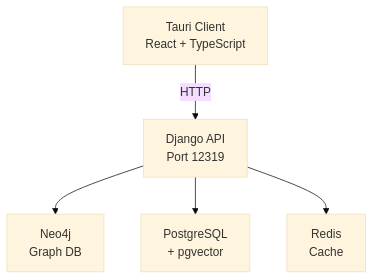
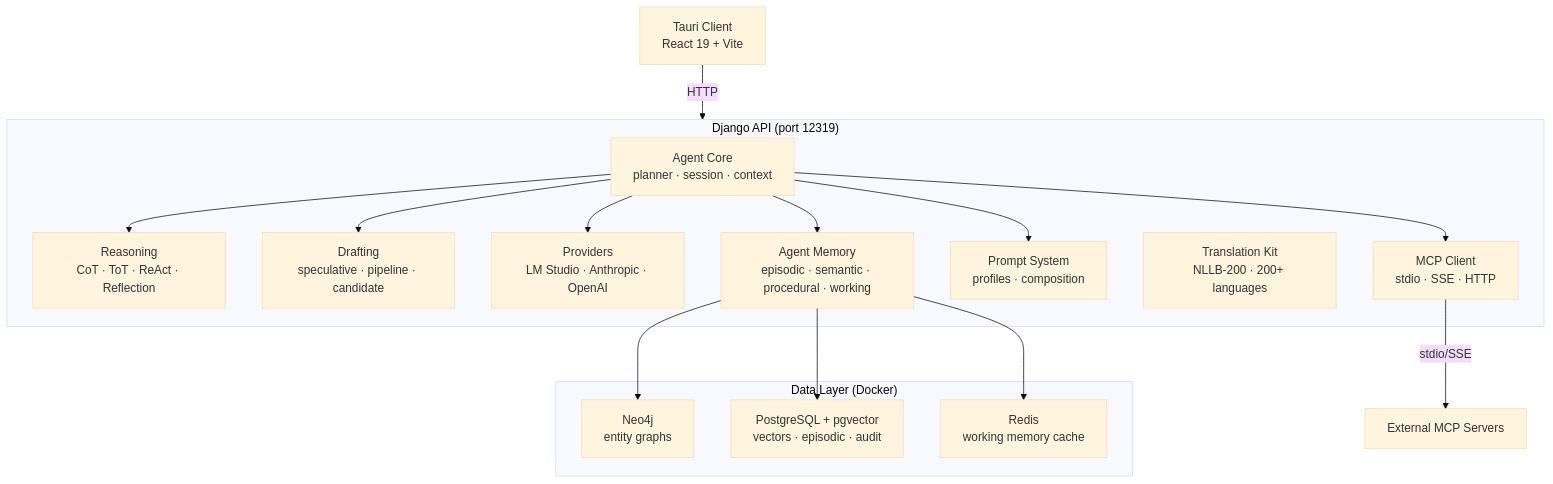
Before and after one commit to QR-Madness/agentx: the diagram in docs/index.md, drawn with Mermaid (base theme). The commit also changed other lines of this file and 20 other files, not shown here.

````diff
--- a/docs/index.md
+++ b/docs/index.md
@@ -85,13 +7,26 @@
 ```mermaid
 graph TB
-    Client[Tauri Client<br/>React + TypeScript]
-    API[Django API<br/>Port 12319]
-    Neo4j[Neo4j<br/>Graph DB]
-    Postgres[PostgreSQL<br/>+ pgvector]
-    Redis[Redis<br/>Cache]
+    Client[Tauri Client<br/>React 19 + Vite]
+
+    subgraph API["Django API (port 12319)"]
+        Agent[Agent Core<br/>planner · session · context]
+        Reasoning[Reasoning<br/>CoT · ToT · ReAct · Reflection]
+        Drafting[Drafting<br/>speculative · pipeline · candidate]
+        Providers[Providers<br/>LM Studio · Anthropic · OpenAI]
+        MCP[MCP Client<br/>stdio · SSE · HTTP]
+        Prompts[Prompt System<br/>profiles · composition]
+        Translation[Translation Kit<br/>NLLB-200 · 200+ languages]
+        Memory[Agent Memory<br/>episodic · semantic · procedural · working]
+    end
+
+    subgraph Data["Data Layer (Docker)"]
+        Neo4j[Neo4j<br/>entity graphs]
+        Postgres[PostgreSQL + pgvector<br/>vectors · episodic · audit]
+        Redis[Redis<br/>working memory cache]
+    end
 
     Client -->|HTTP| API
-    API --> Neo4j
-    API --> Postgres
-    API --> Redis
+    Agent --> Reasoning & Drafting & Providers & MCP & Prompts & Memory
+    Memory --> Neo4j & Postgres & Redis
+    MCP -->|stdio/SSE| ExtServers[External MCP Servers]
 ```
````
